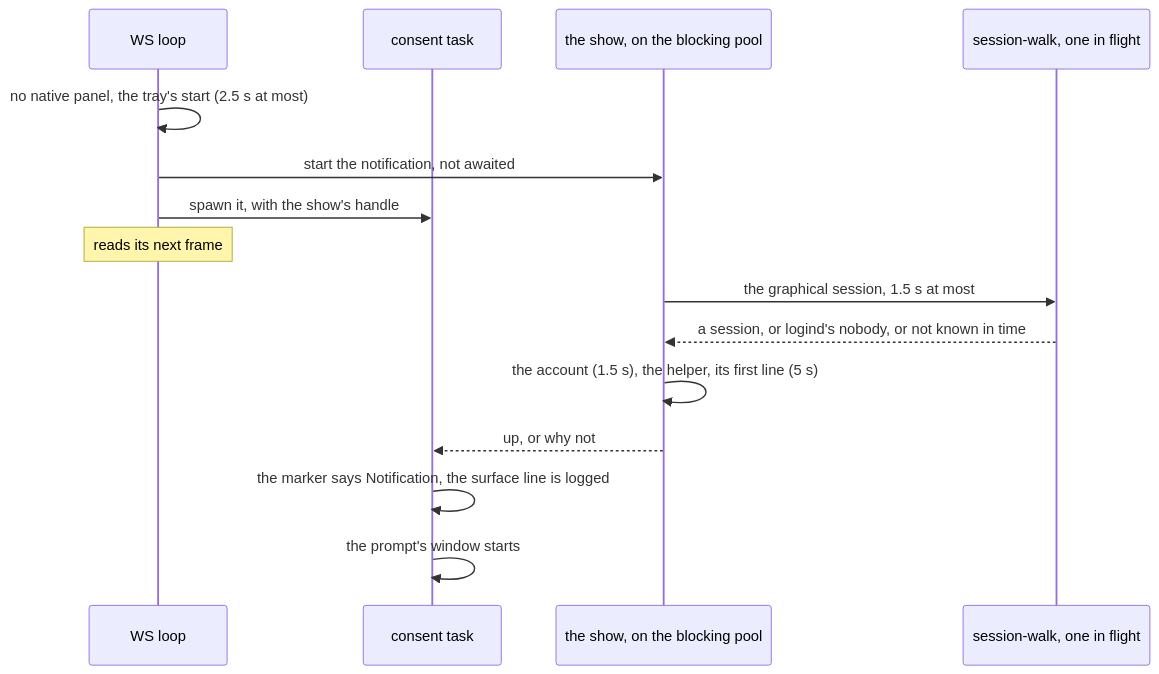
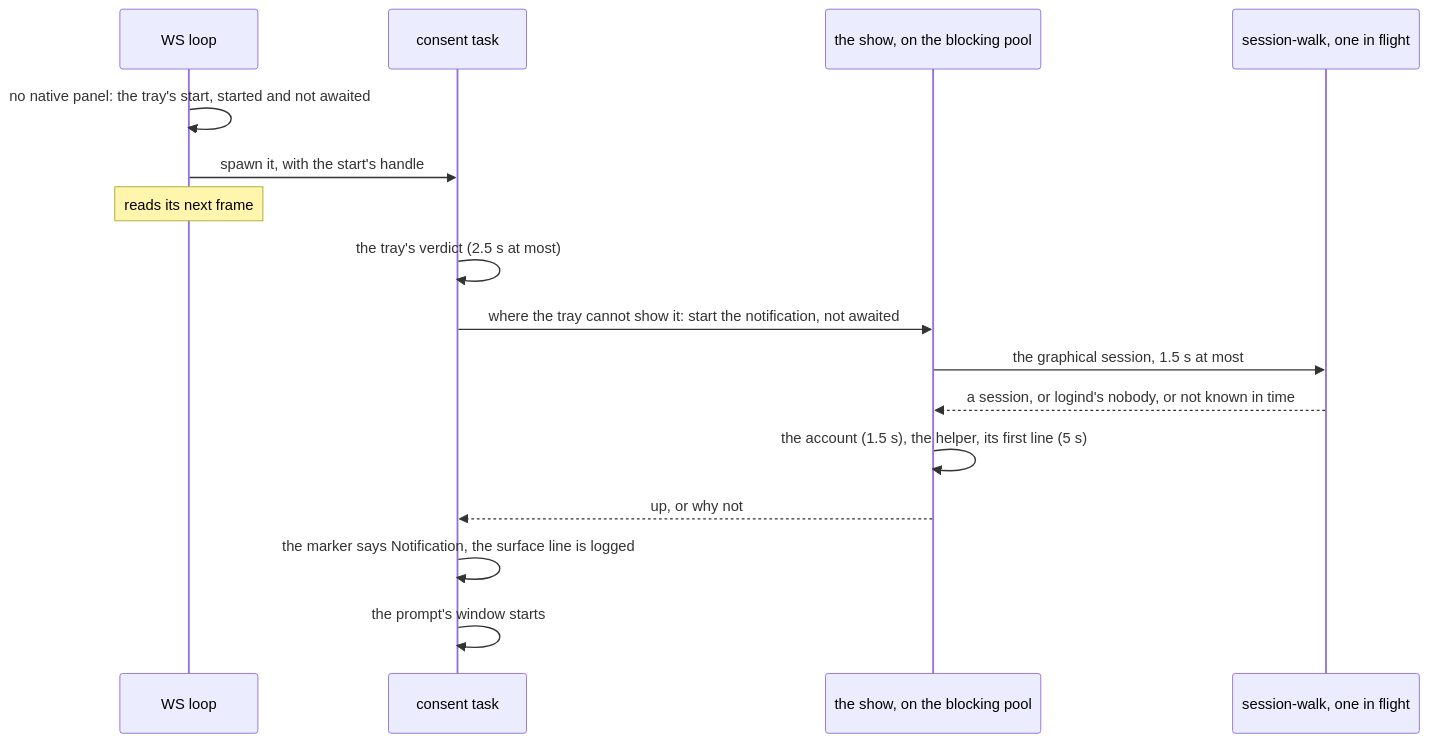
One commit to gjovanov/roomler-ai changed diagram 16 of 31 in docs/desktop-companion.md. Above: the diagram before and after it, drawn with Mermaid. The commit also changed other lines of this file and 14 other files, not shown here.

First line of the commit message:
docs(rc): the prompt's tray start, asked again after a failure and off the WS loop

````diff
--- a/docs/desktop-companion.md
+++ b/docs/desktop-companion.md
@@ -1277,17 +1278,18 @@
 ```mermaid
 sequenceDiagram
     participant L as WS loop
     participant T as consent task
     participant S as the show, on the blocking pool
     participant W as session-walk, one in flight
-    L->>L: no native panel, the tray's start (2.5 s at most)
-    L->>S: start the notification, not awaited
-    L->>T: spawn it, with the show's handle
+    L->>L: no native panel: the tray's start, started and not awaited
+    L->>T: spawn it, with the start's handle
     Note over L: reads its next frame
+    T->>T: the tray's verdict (2.5 s at most)
+    T->>S: where the tray cannot show it: start the notification, not awaited
     S->>W: the graphical session, 1.5 s at most
     W-->>S: a session, or logind's nobody, or not known in time
     S->>S: the account (1.5 s), the helper, its first line (5 s)
     S-->>T: up, or why not
     T->>T: the marker says Notification, the surface line is logged
     T->>T: the prompt's window starts
 ```
````
